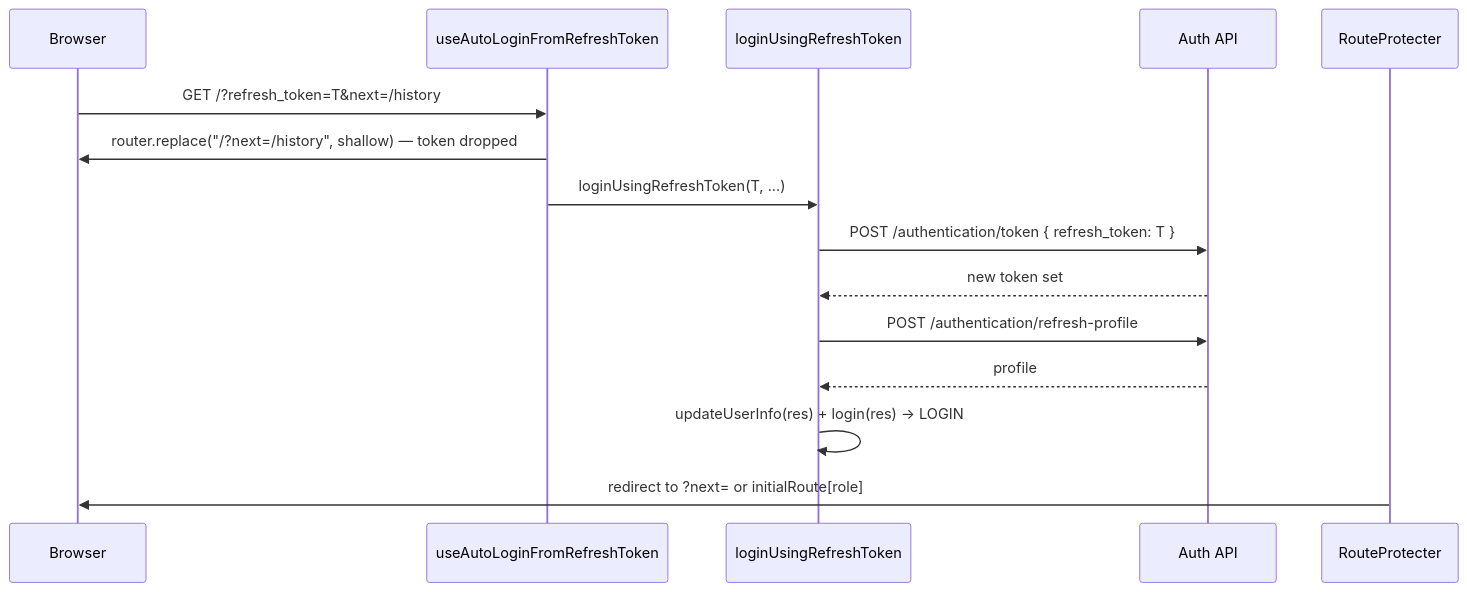
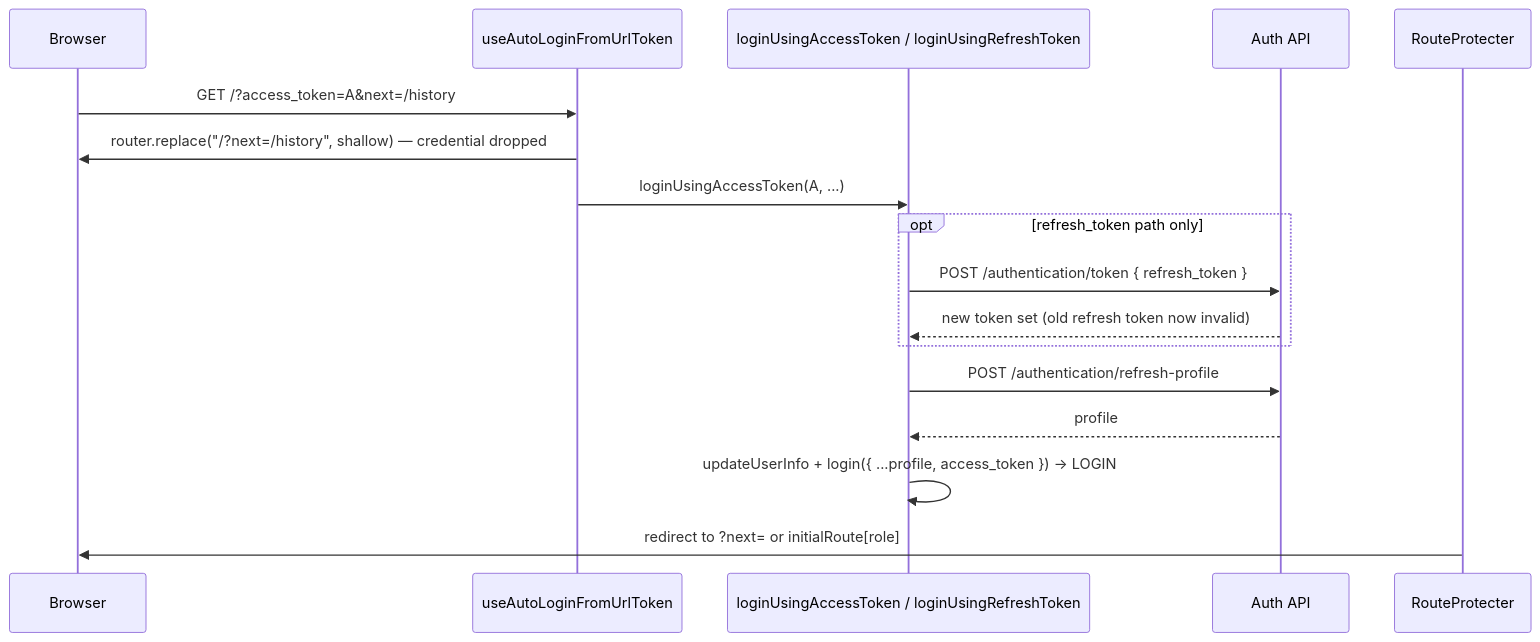
One commit to ekoindia/wlc-webapp changed the second of 4 diagrams in docs/features/login-and-onboarding/login.md. Above: the diagram before and after it, drawn with Mermaid. The commit also changed other lines of this file and 10 other files, not shown here.

````diff
--- a/docs/features/login-and-onboarding/login.md
+++ b/docs/features/login-and-onboarding/login.md
@@ -51,18 +60,20 @@
 ```mermaid
 sequenceDiagram
     participant B as Browser
-    participant H as useAutoLoginFromRefreshToken
-    participant L as loginUsingRefreshToken
+    participant H as useAutoLoginFromUrlToken
+    participant L as loginUsingAccessToken / loginUsingRefreshToken
     participant API as Auth API
     participant R as RouteProtecter
 
-    B->>H: GET /?refresh_token=T&next=/history
-    H->>B: router.replace("/?next=/history", shallow) — token dropped
-    H->>L: loginUsingRefreshToken(T, ...)
-    L->>API: POST /authentication/token { refresh_token: T }
-    API-->>L: new token set
+    B->>H: GET /?access_token=A&next=/history
+    H->>B: router.replace("/?next=/history", shallow) — credential dropped
+    H->>L: loginUsingAccessToken(A, ...)
+    opt refresh_token path only
+        L->>API: POST /authentication/token { refresh_token }
+        API-->>L: new token set (old refresh token now invalid)
+    end
     L->>API: POST /authentication/refresh-profile
     API-->>L: profile
-    L->>L: updateUserInfo(res) + login(res) -> LOGIN
+    L->>L: updateUserInfo + login({ ...profile, access_token }) -> LOGIN
     R->>B: redirect to ?next= or initialRoute[role]
 ```
````
